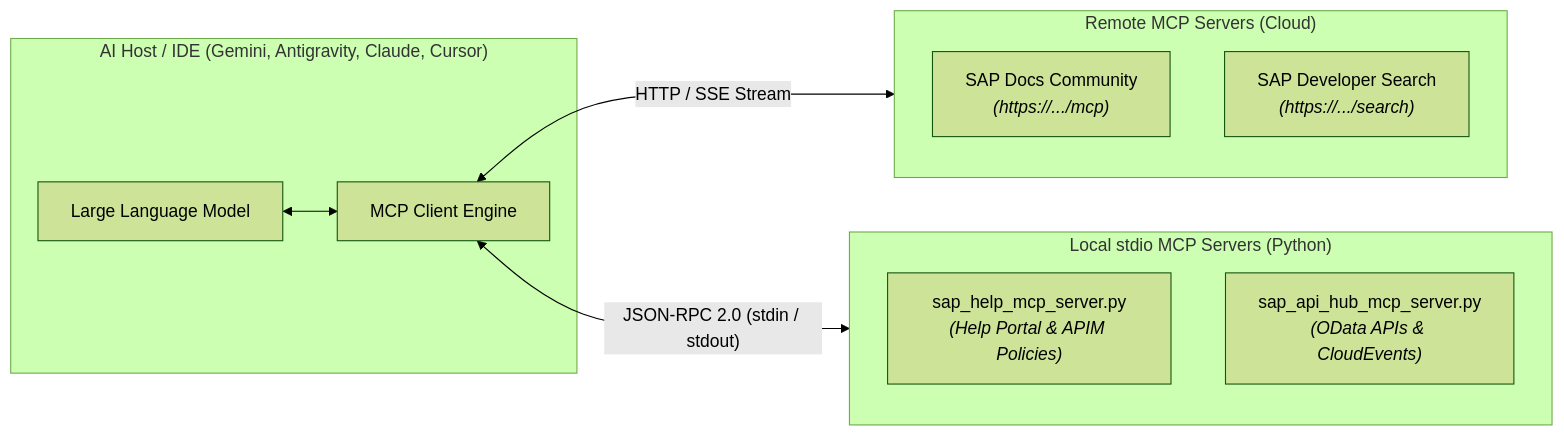
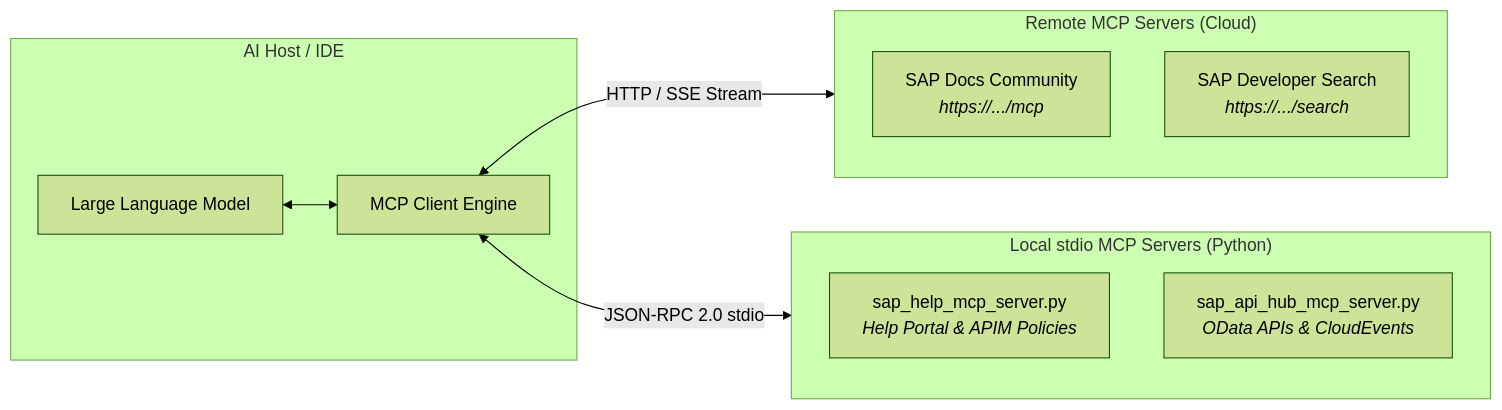
The first of 2 diagrams in README.md (NextChapterExperts/sap-mcp-agent-starter-kit), drawn with Mermaid (forest theme) before and after one commit. The commit also changed 2 other files, not shown here.

Commit message:
fix(docs): fix Mermaid diagram syntax across all documents for GitHub renderer

````diff
--- a/README.md
+++ b/README.md
@@ -31,21 +31,21 @@
 ```mermaid
 flowchart LR
-    subgraph Host ["AI Host / IDE (Gemini, Antigravity, Claude, Cursor)"]
+    subgraph Host ["AI Host / IDE"]
         LLM["Large Language Model"]
         Client["MCP Client Engine"]
     end
 
     subgraph RemoteServer ["Remote MCP Servers (Cloud)"]
-        Docs["SAP Docs Community<br><i>(https://.../mcp)</i>"]
-        DevSearch["SAP Developer Search<br><i>(https://.../search)</i>"]
+        Docs["SAP Docs Community<br><i>https://.../mcp</i>"]
+        DevSearch["SAP Developer Search<br><i>https://.../search</i>"]
     end
 
     subgraph LocalServer ["Local stdio MCP Servers (Python)"]
-        Help["sap_help_mcp_server.py<br><i>(Help Portal & APIM Policies)</i>"]
-        ApiHub["sap_api_hub_mcp_server.py<br><i>(OData APIs & CloudEvents)</i>"]
+        Help["sap_help_mcp_server.py<br><i>Help Portal & APIM Policies</i>"]
+        ApiHub["sap_api_hub_mcp_server.py<br><i>OData APIs & CloudEvents</i>"]
     end
 
     LLM <--> Client
-    Client <-- HTTP / SSE Stream --> RemoteServer
-    Client <-- JSON-RPC 2.0 (stdin / stdout) --> LocalServer
+    Client <-->|"HTTP / SSE Stream"| RemoteServer
+    Client <-->|"JSON-RPC 2.0 stdio"| LocalServer
 ```
````
